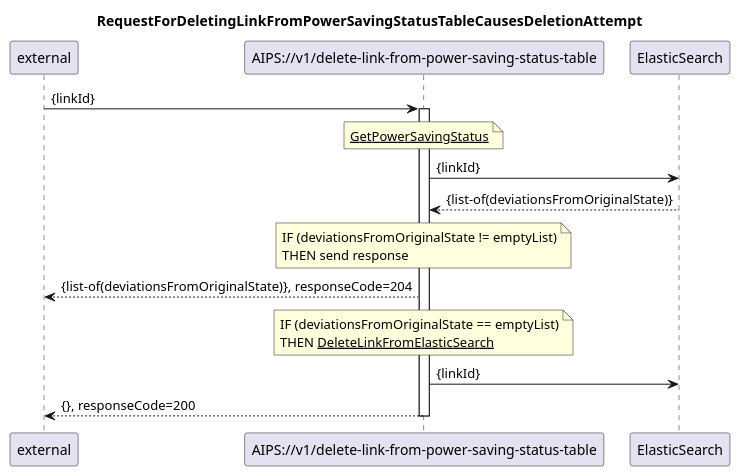
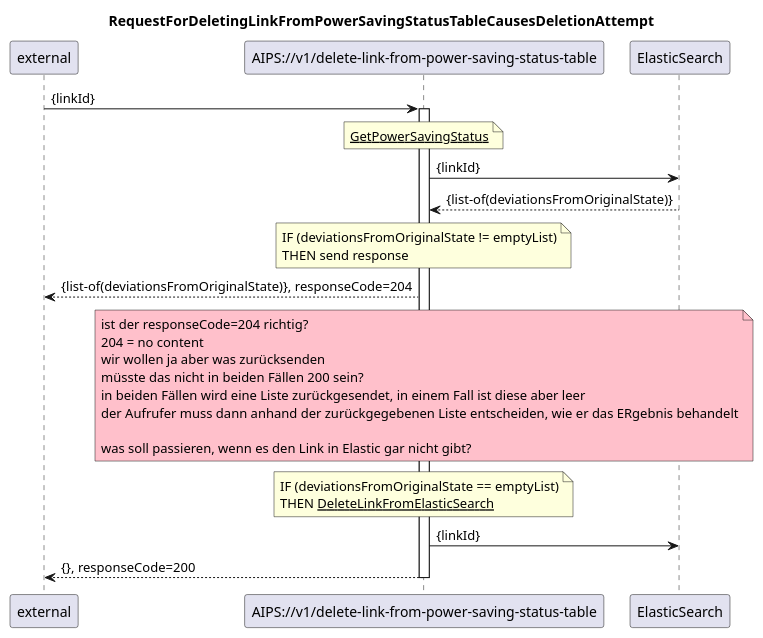
The diagram in spec/diagrams/07 Power Saving Status/705_deleteLinkFromPowerSavingStatusTable.plantuml (openBackhaul/AirInterfacePowerSaver), drawn with PlantUML before and after one commit. The commit also changed 6 other files, not shown here.

```diff
--- a/spec/diagrams/07 Power Saving Status/705_deleteLinkFromPowerSavingStatusTable.plantuml
+++ b/spec/diagrams/07 Power Saving Status/705_deleteLinkFromPowerSavingStatusTable.plantuml
@@ -1,41 +1,55 @@
 @startuml 705_deleteLinkFromPowerSavingStatusTable
 skinparam responseMessageBelowArrow true
 
 title
 RequestForDeletingLinkFromPowerSavingStatusTableCausesDeletionAttempt
 end title
 
 participant "external" as requestor
 participant "AIPS://v1/delete-link-from-power-saving-status-table" as delete
 participant "ElasticSearch" as es
 
 requestor -> delete: {linkId}
 activate delete
 
 'get all linkIds from power saving status table
 note over delete
   <u>GetPowerSavingStatus</u>
 end note
 delete -> es: {linkId}
 es --> delete: {list-of(deviationsFromOriginalState)} 
 
 note over delete
     IF (deviationsFromOriginalState != emptyList)
     THEN send response
 end note
 delete --> requestor: {list-of(deviationsFromOriginalState)}, responseCode=204
 
+note over delete #Pink
+  ist der responseCode=204 richtig?
+  204 = no content
+  wir wollen ja aber was zurücksenden
+  müsste das nicht in beiden Fällen 200 sein?
+  in beiden Fällen wird eine Liste zurückgesendet, in einem Fall ist diese aber leer
+  der Aufrufer muss dann anhand der zurückgegebenen Liste entscheiden, wie er das ERgebnis behandelt
+
+  was soll passieren, wenn es den Link in Elastic gar nicht gibt?
+end note
+
+
 'now cleanup
 note over delete
     IF (deviationsFromOriginalState == emptyList)
     THEN <u>DeleteLinkFromElasticSearch</u>
 end note
 delete -> es: {linkId}
 
 delete --> requestor: {}, responseCode=200
 
 
 
+
+
 deactivate delete 
 
 @enduml
```
